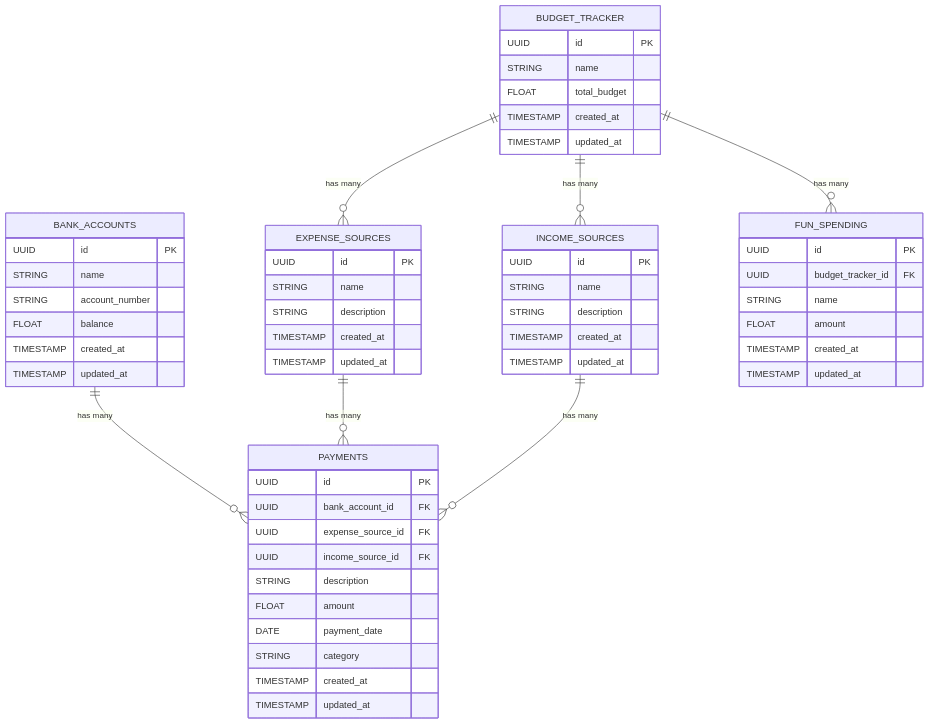
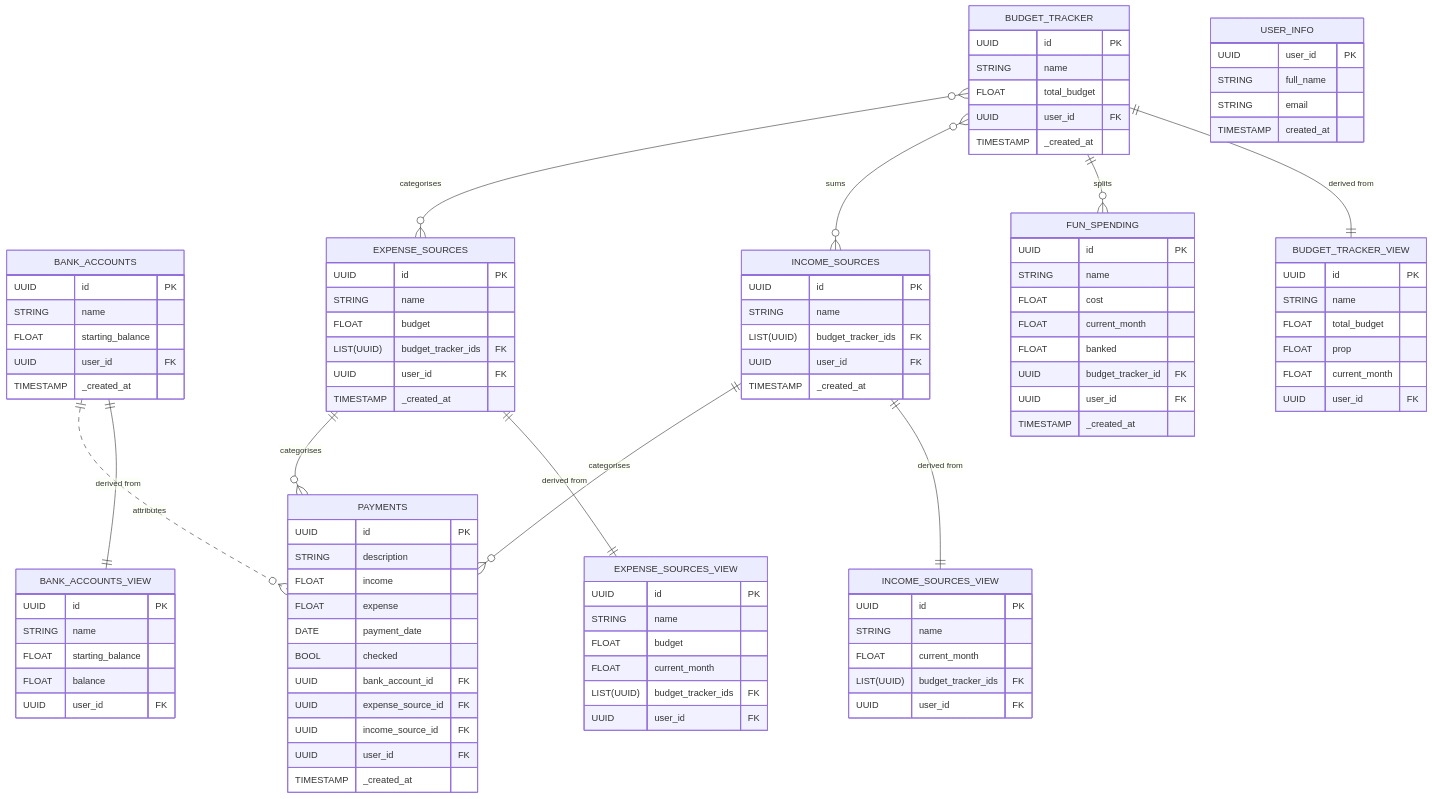
The fourth of 4 diagrams in README.md (tomalcorn/finance-tracker), drawn with Mermaid before and after one commit. The commit also changed other lines of this file, not shown here.

Commit message:
updated backend design

````diff
--- a/README.md
+++ b/README.md
@@ -112,64 +112,113 @@
 ```mermaid
 erDiagram
+    PAYMENTS {
+        UUID id PK
+        STRING description
+        FLOAT income
+        FLOAT expense
+        DATE payment_date
+        BOOL checked
+        UUID bank_account_id FK
+        UUID expense_source_id FK
+        UUID income_source_id FK
+        UUID user_id FK
+        TIMESTAMP _created_at
+    }
+    
     BANK_ACCOUNTS {
         UUID id PK
         STRING name
-        STRING account_number
-        FLOAT balance
-        TIMESTAMP created_at
-        TIMESTAMP updated_at
+        FLOAT starting_balance
+        UUID user_id FK
+        TIMESTAMP _created_at
     }
 
-    PAYMENTS {
+    BANK_ACCOUNTS_VIEW {
         UUID id PK
-        UUID bank_account_id FK
-        UUID expense_source_id FK
-        UUID income_source_id FK
-        STRING description
-        FLOAT amount
-        DATE payment_date
-        STRING category
-        TIMESTAMP created_at
-        TIMESTAMP updated_at
+        STRING name
+        FLOAT starting_balance
+        FLOAT balance
+        UUID user_id FK
     }
 
     EXPENSE_SOURCES {
         UUID id PK
         STRING name
-        STRING description
-        TIMESTAMP created_at
-        TIMESTAMP updated_at
+        FLOAT budget
+        LIST(UUID) budget_tracker_ids FK
+        UUID user_id FK
+        TIMESTAMP _created_at
+    }
+
+    EXPENSE_SOURCES_VIEW {
+        UUID id PK
+        STRING name
+        FLOAT budget
+        FLOAT current_month
+        LIST(UUID) budget_tracker_ids FK
+        UUID user_id FK
     }
 
     INCOME_SOURCES {
         UUID id PK
         STRING name
-        STRING description
-        TIMESTAMP created_at
-        TIMESTAMP updated_at
+        LIST(UUID) budget_tracker_ids FK
+        UUID user_id FK
+        TIMESTAMP _created_at
+    }
+
+    INCOME_SOURCES_VIEW {
+        UUID id PK
+        STRING name
+        FLOAT current_month
+        LIST(UUID) budget_tracker_ids FK
+        UUID user_id FK
     }
 
     BUDGET_TRACKER {
         UUID id PK
         STRING name
         FLOAT total_budget
-        TIMESTAMP created_at
-        TIMESTAMP updated_at
+        UUID user_id FK
+        TIMESTAMP _created_at
     }
 
     FUN_SPENDING {
         UUID id PK
+        STRING name
+        FLOAT cost
+        FLOAT current_month
+        FLOAT banked
         UUID budget_tracker_id FK
-        STRING name
-        FLOAT amount
-        TIMESTAMP created_at
-        TIMESTAMP updated_at
+        UUID user_id FK
+        TIMESTAMP _created_at
     }
 
-    BANK_ACCOUNTS ||--o{ PAYMENTS : "has many"
-    EXPENSE_SOURCES ||--o{ PAYMENTS : "has many"
-    INCOME_SOURCES ||--o{ PAYMENTS : "has many"
-    BUDGET_TRACKER ||--o{ EXPENSE_SOURCES : "has many"
-    BUDGET_TRACKER ||--o{ INCOME_SOURCES : "has many"
-    BUDGET_TRACKER ||--o{ FUN_SPENDING : "has many"
+    BUDGET_TRACKER_VIEW {
+        UUID id PK
+        STRING name
+        FLOAT total_budget
+        FLOAT prop
+        FLOAT current_month
+        UUID user_id FK
+    }
+
+    USER_INFO {
+        UUID user_id PK
+        STRING full_name
+        STRING email
+        TIMESTAMP created_at
+    }
+
+    BANK_ACCOUNTS ||..o{ PAYMENTS : "attributes"
+    EXPENSE_SOURCES ||--o{ PAYMENTS : "categorises"
+    INCOME_SOURCES ||--o{ PAYMENTS : "categorises"
+    BUDGET_TRACKER }o--o{ EXPENSE_SOURCES : "categorises"
+    BUDGET_TRACKER }o--o{ INCOME_SOURCES : "sums"
+    BUDGET_TRACKER ||--o{ FUN_SPENDING : "splits"
+    BANK_ACCOUNTS ||--|| BANK_ACCOUNTS_VIEW : "derived from"
+    EXPENSE_SOURCES ||--|| EXPENSE_SOURCES_VIEW : "derived from"
+    INCOME_SOURCES ||--|| INCOME_SOURCES_VIEW : "derived from"
+    BUDGET_TRACKER ||--|| BUDGET_TRACKER_VIEW : "derived from"
+
 ```
````
